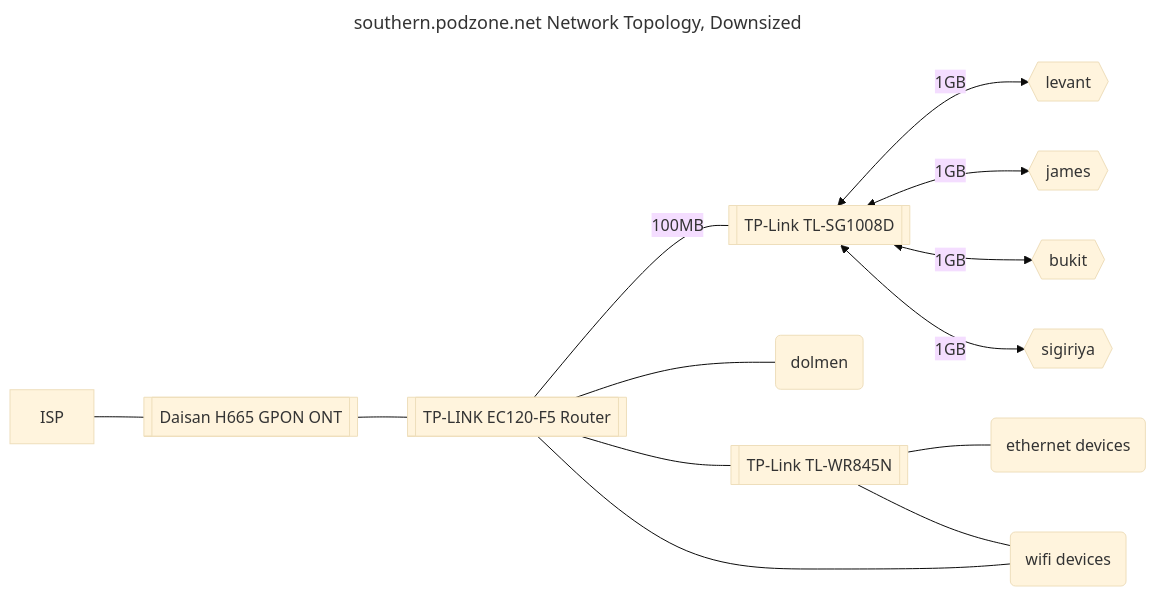
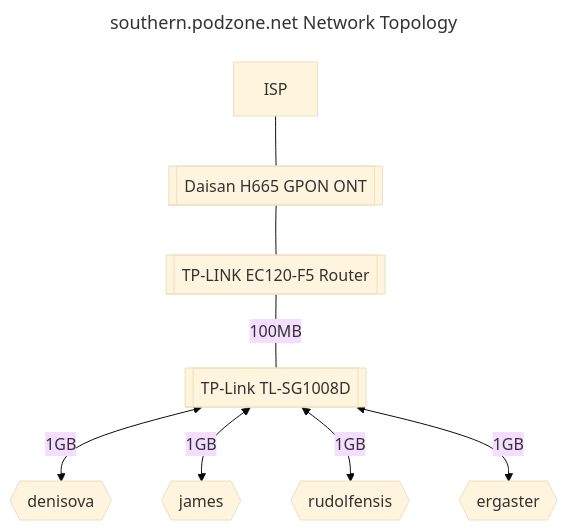
The second of 2 diagrams in docs/technicalNetwork.md (MoTTTT/podzone), drawn with Mermaid (base theme) before and after one commit. The commit also changed other lines of this file and 67 other files, not shown here.

````diff
--- a/docs/technicalNetwork.md
+++ b/docs/technicalNetwork.md
@@ -41,34 +78,23 @@
 ```mermaid
 ---
-title: southern.podzone.net Network Topology, Downsized
+title: southern.podzone.net Network Topology
 ---
-graph LR
+graph TD
 
 ISP --- ont
 ont --- router
 router ---|100MB| switch1
-
-router --- workstation
-router --- ap1
-router --- other2
 
 switch1 <-->|1GB| k8s1
 switch1 <-->|1GB| k8s2
 switch1 <-->|1GB| k8s3
 switch1 <-->|1GB| k8s4
 
-ap1 --- other1
-ap1 --- other2
-
 ont[[Daisan H665 GPON ONT]]
 router[[TP-LINK EC120-F5 Router]]
 switch1[[TP-Link TL-SG1008D]]
-ap1[[TP-Link TL-WR845N]]
-other1(ethernet devices)
-other2(wifi devices)
-k8s1{{levant}}
+k8s1{{denisova}}
 k8s2{{james}}
-k8s3{{bukit}}
-k8s4{{sigiriya}}
-workstation(dolmen)
+k8s3{{rudolfensis}}
+k8s4{{ergaster}}
 ```
````
